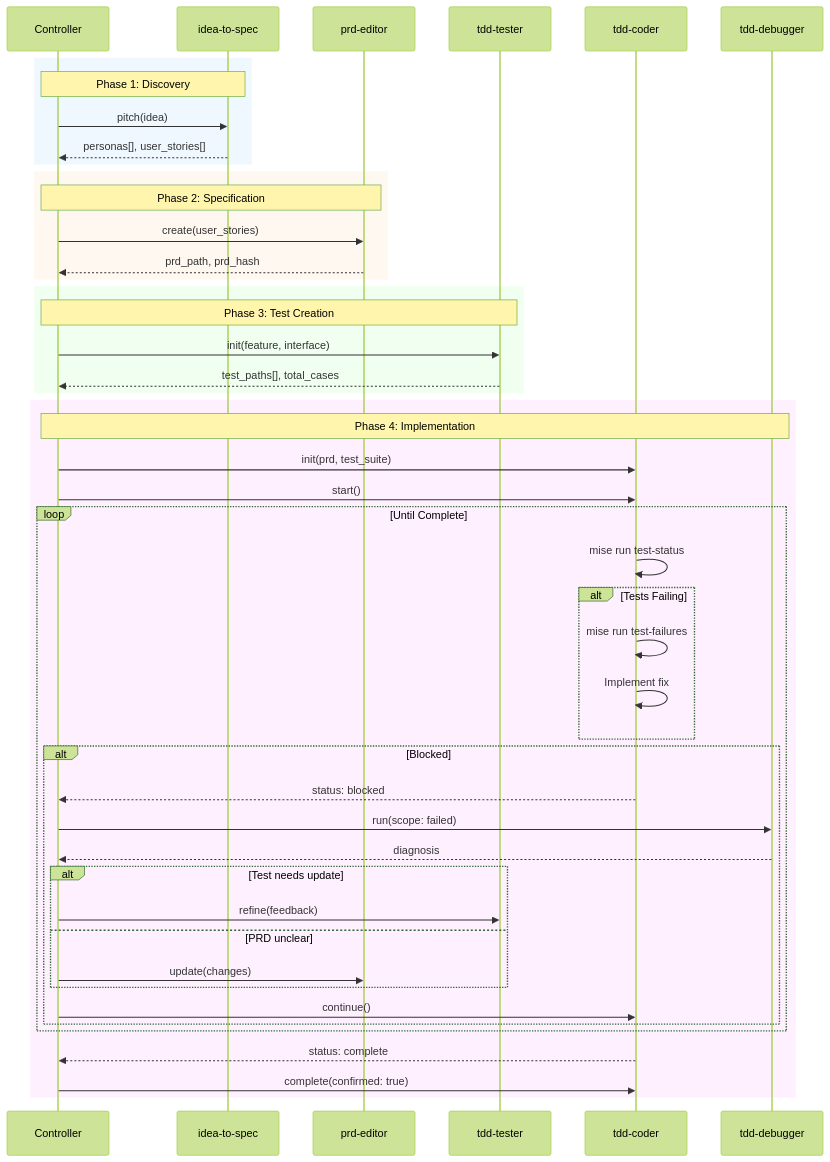
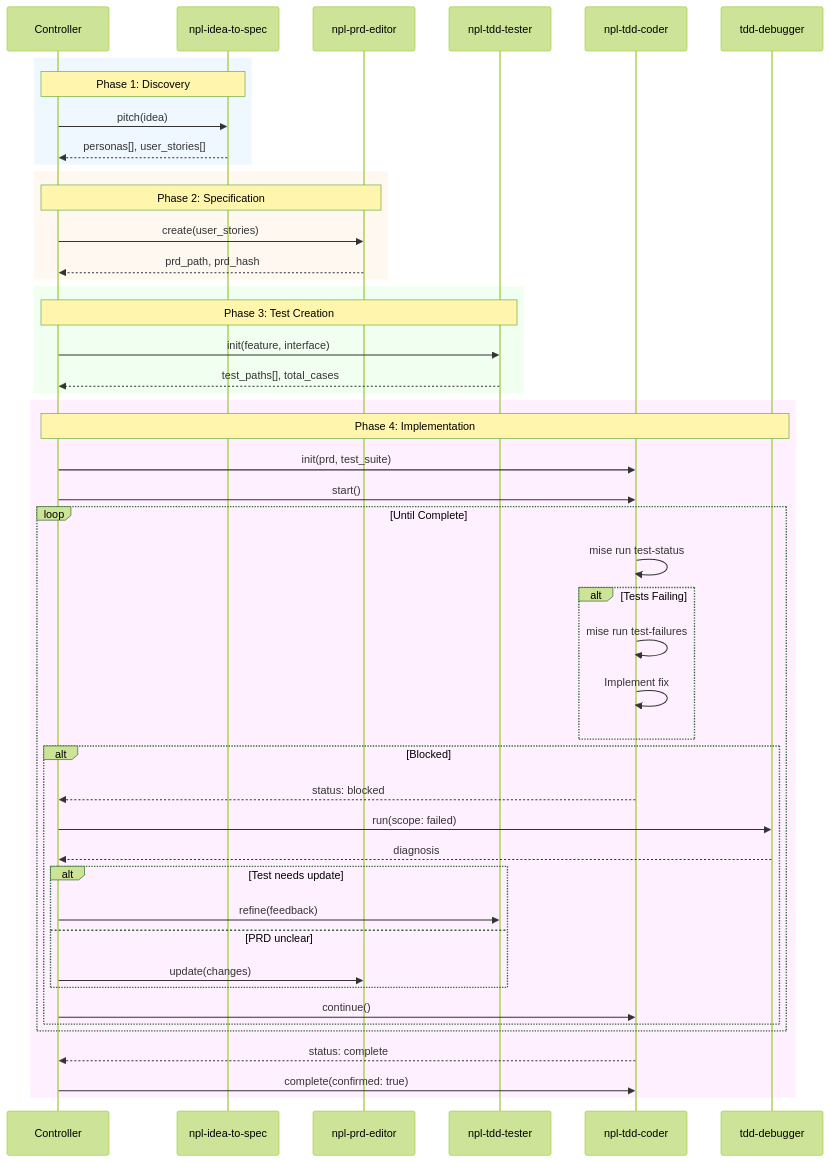
Before and after one commit to noizu-labs-ml/NoizuPromptLingo: the second of 3 diagrams in docs/arch/agent-orchestration.md, drawn with Mermaid (forest theme). The commit also changed other lines of this file and 28 other files, not shown here.

First line of the commit message:
Update architecture and layout maintenance guides

````diff
--- a/docs/arch/agent-orchestration.md
+++ b/docs/arch/agent-orchestration.md
@@ -68,55 +68,55 @@
 ```mermaid
 sequenceDiagram
     participant C as Controller
-    participant ITS as idea-to-spec
-    participant PRD as prd-editor
-    participant TDD as tdd-tester
-    participant CODER as tdd-coder
+    participant ITS as npl-idea-to-spec
+    participant PRD as npl-prd-editor
+    participant TDD as npl-tdd-tester
+    participant CODER as npl-tdd-coder
     participant DBG as tdd-debugger
 
     rect rgb(240, 248, 255)
         Note over C,ITS: Phase 1: Discovery
         C->>ITS: pitch(idea)
         ITS-->>C: personas[], user_stories[]
     end
 
     rect rgb(255, 248, 240)
         Note over C,PRD: Phase 2: Specification
         C->>PRD: create(user_stories)
         PRD-->>C: prd_path, prd_hash
     end
 
     rect rgb(240, 255, 240)
         Note over C,TDD: Phase 3: Test Creation
         C->>TDD: init(feature, interface)
         TDD-->>C: test_paths[], total_cases
     end
 
     rect rgb(255, 240, 255)
         Note over C,DBG: Phase 4: Implementation
         C->>CODER: init(prd, test_suite)
         C->>CODER: start()
         
         loop Until Complete
             CODER->>CODER: mise run test-status
             alt Tests Failing
                 CODER->>CODER: mise run test-failures
                 CODER->>CODER: Implement fix
             end
             alt Blocked
                 CODER-->>C: status: blocked
                 C->>DBG: run(scope: failed)
                 DBG-->>C: diagnosis
                 alt Test needs update
                     C->>TDD: refine(feedback)
                 else PRD unclear
                     C->>PRD: update(changes)
                 end
                 C->>CODER: continue()
             end
         end
         
         CODER-->>C: status: complete
         C->>CODER: complete(confirmed: true)
     end
 ```
````
